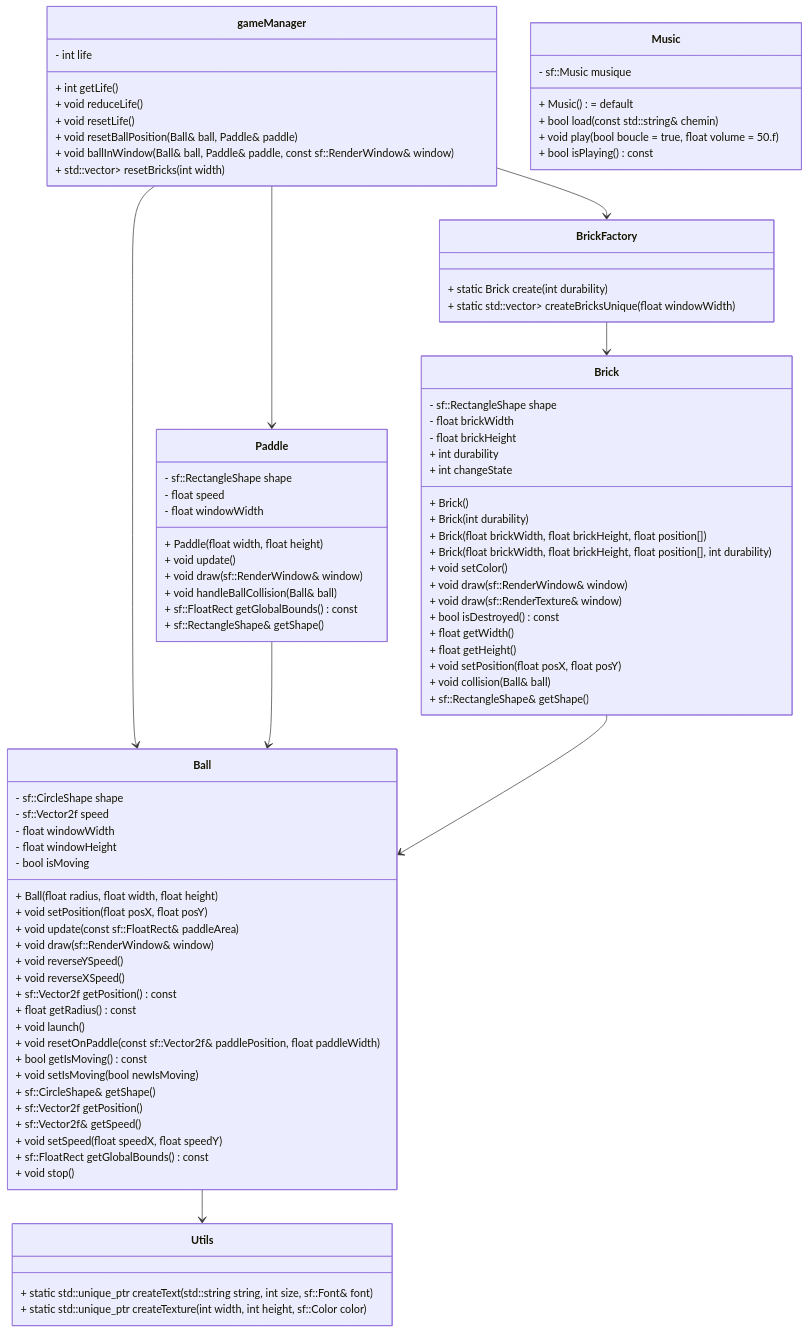
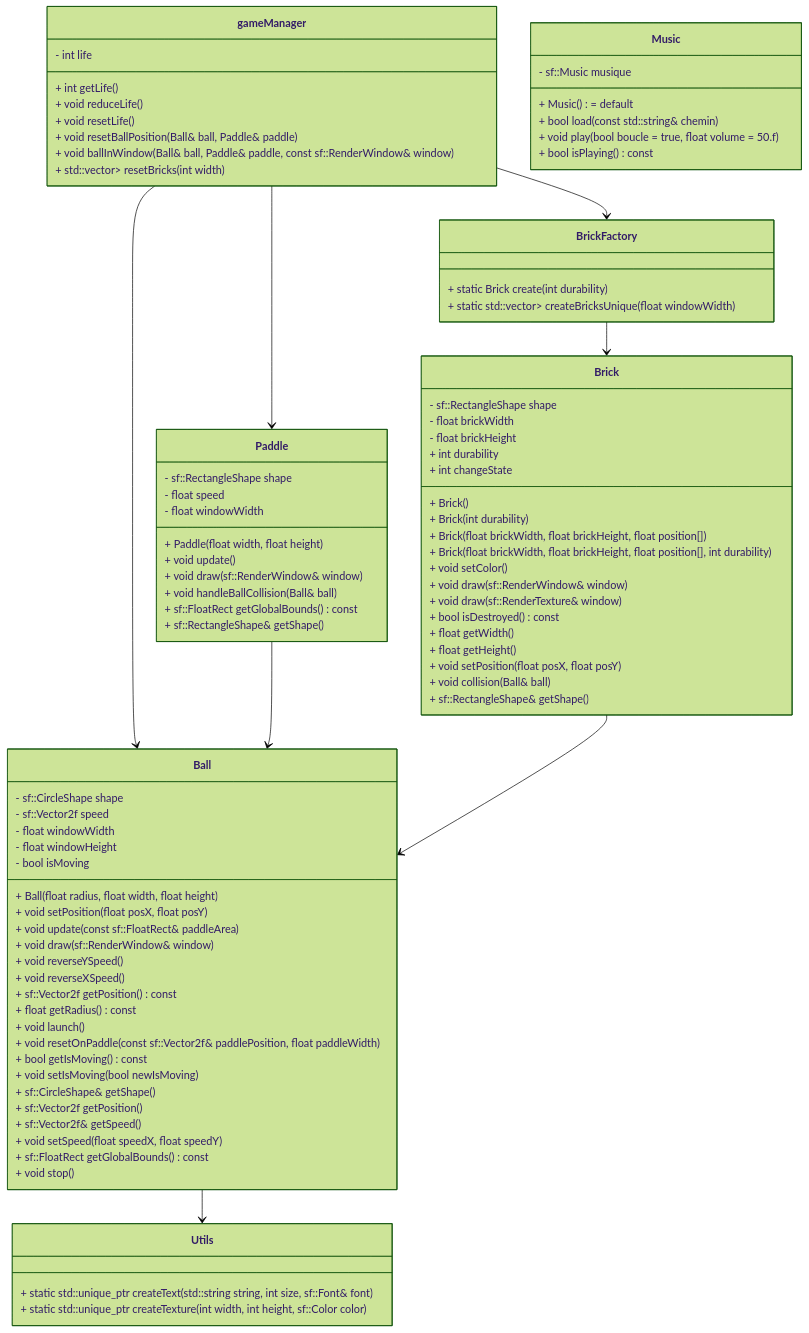
Before and after one commit to Florence-Navet/brick-breaker: the diagram in docs/class_diagram_final.md, drawn with Mermaid. The commit also changed other lines of this file and 1 other file, not shown here.

Commit message:
doc: update class diagram

````diff
--- a/docs/class_diagram_final.md
+++ b/docs/class_diagram_final.md
@@ -4,4 +4,5 @@
 ```mermaid
+%%{init:{'theme':'forest'}}%%
 classDiagram
     class gameManager {
         - int life
````
